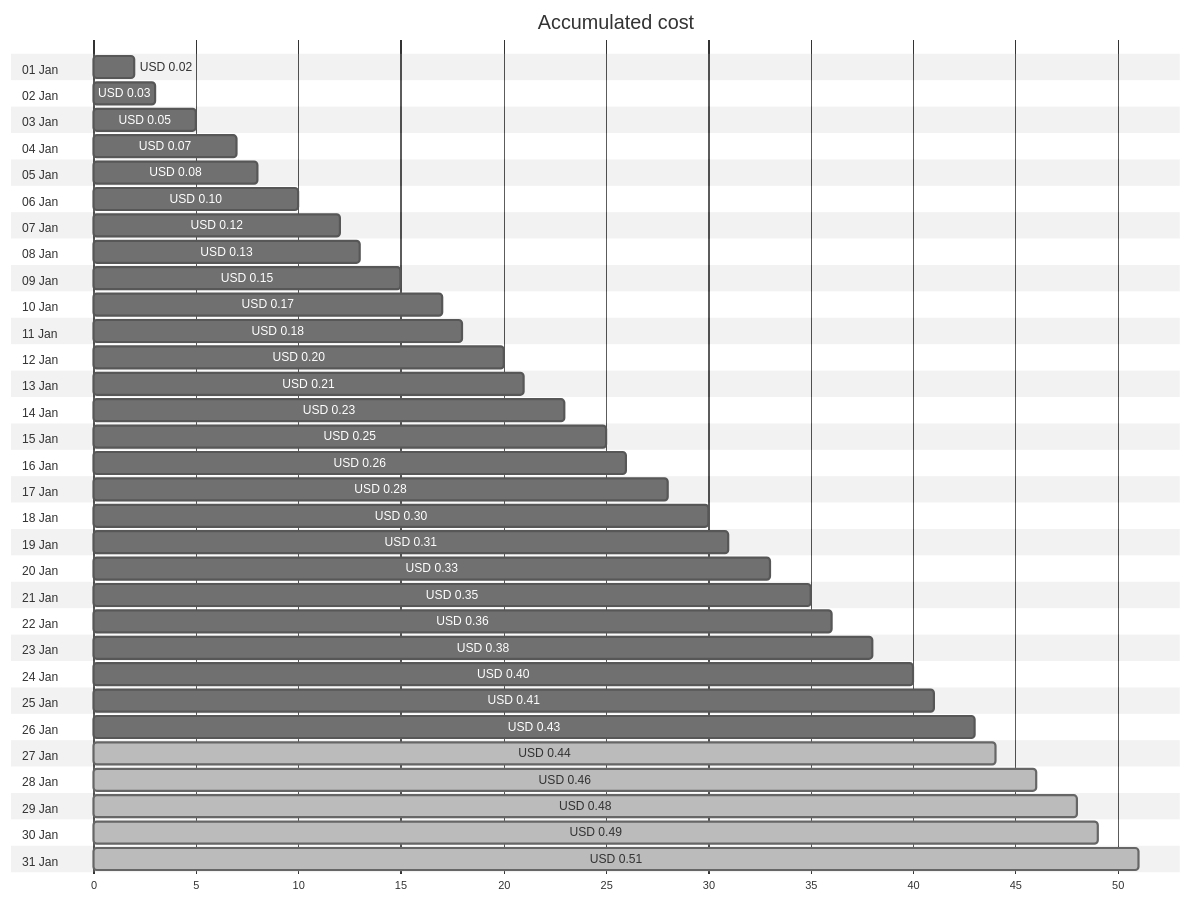
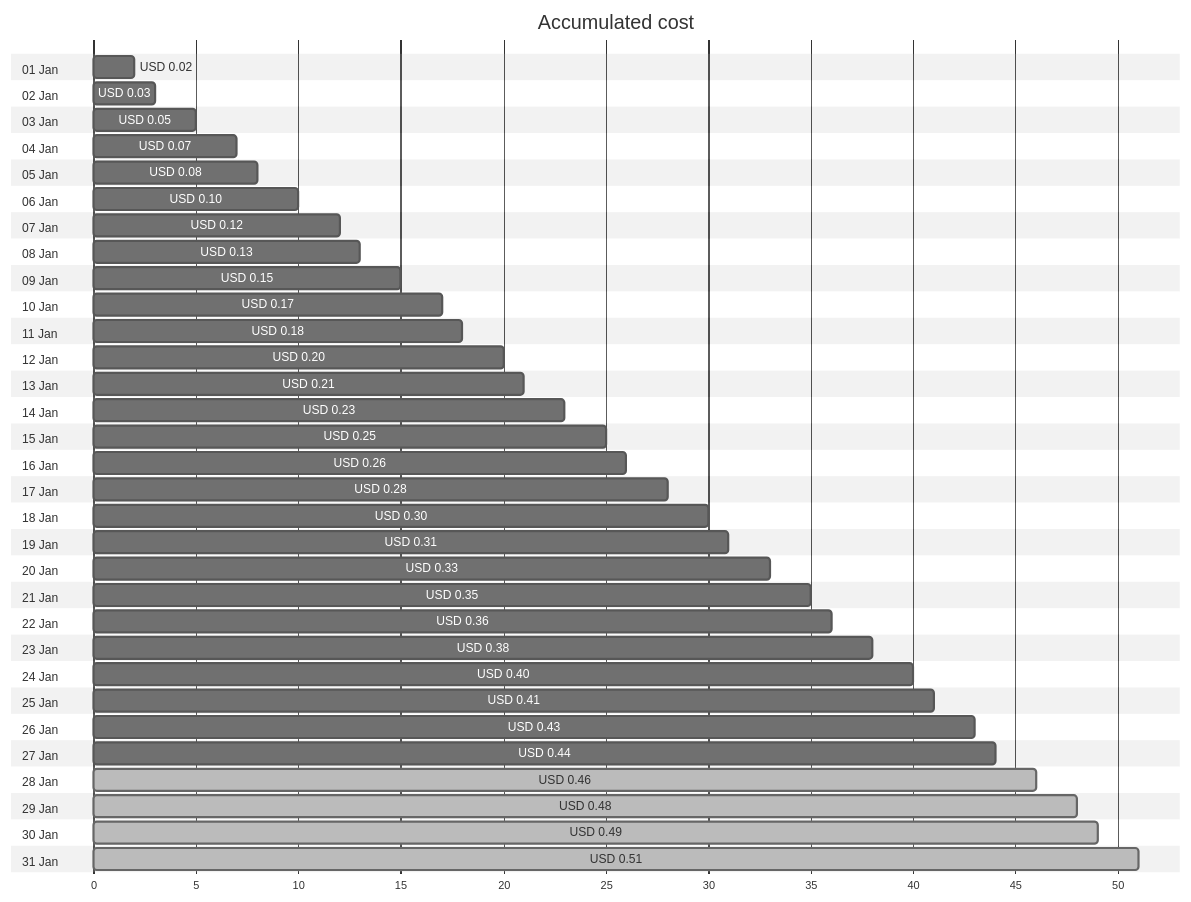
The first of 4 diagrams in cost-reports/personal-dns/jpatrickfulton.dev.md (jpfulton/azure-personal-reports), drawn with Mermaid (neutral theme) before and after one commit. The commit also changed other lines of this file and 2 other files, not shown here.

````diff
--- a/cost-reports/personal-dns/jpatrickfulton.dev.md
+++ b/cost-reports/personal-dns/jpatrickfulton.dev.md
@@ -20,68 +20,68 @@
 ```mermaid
 gantt
    title Accumulated cost
    dateFormat  X
    axisFormat %s
    section 01 Jan
    USD 0.02 :0, 2
    section 02 Jan
    USD 0.03 :0, 3
    section 03 Jan
    USD 0.05 :0, 5
    section 04 Jan
    USD 0.07 :0, 7
    section 05 Jan
    USD 0.08 :0, 8
    section 06 Jan
    USD 0.10 :0, 10
    section 07 Jan
    USD 0.12 :0, 12
    section 08 Jan
    USD 0.13 :0, 13
    section 09 Jan
    USD 0.15 :0, 15
    section 10 Jan
    USD 0.17 :0, 17
    section 11 Jan
    USD 0.18 :0, 18
    section 12 Jan
    USD 0.20 :0, 20
    section 13 Jan
    USD 0.21 :0, 21
    section 14 Jan
    USD 0.23 :0, 23
    section 15 Jan
    USD 0.25 :0, 25
    section 16 Jan
    USD 0.26 :0, 26
    section 17 Jan
    USD 0.28 :0, 28
    section 18 Jan
    USD 0.30 :0, 30
    section 19 Jan
    USD 0.31 :0, 31
    section 20 Jan
    USD 0.33 :0, 33
    section 21 Jan
    USD 0.35 :0, 35
    section 22 Jan
    USD 0.36 :0, 36
    section 23 Jan
    USD 0.38 :0, 38
    section 24 Jan
    USD 0.40 :0, 40
    section 25 Jan
    USD 0.41 :0, 41
    section 26 Jan
    USD 0.43 :0, 43
    section 27 Jan
-   USD 0.44 : done, 0, 44
+   USD 0.44 :0, 44
    section 28 Jan
    USD 0.46 : done, 0, 46
    section 29 Jan
    USD 0.48 : done, 0, 48
    section 30 Jan
    USD 0.49 : done, 0, 49
    section 31 Jan
    USD 0.51 : done, 0, 51
 ```
````
